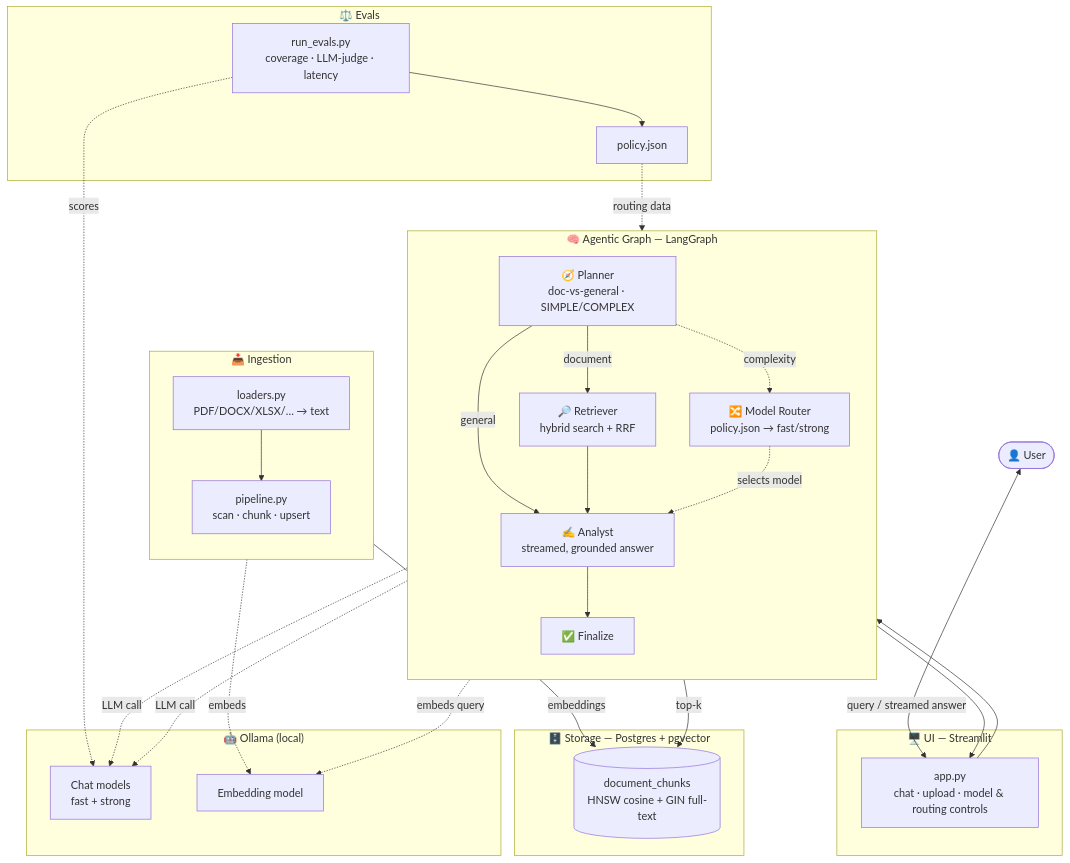
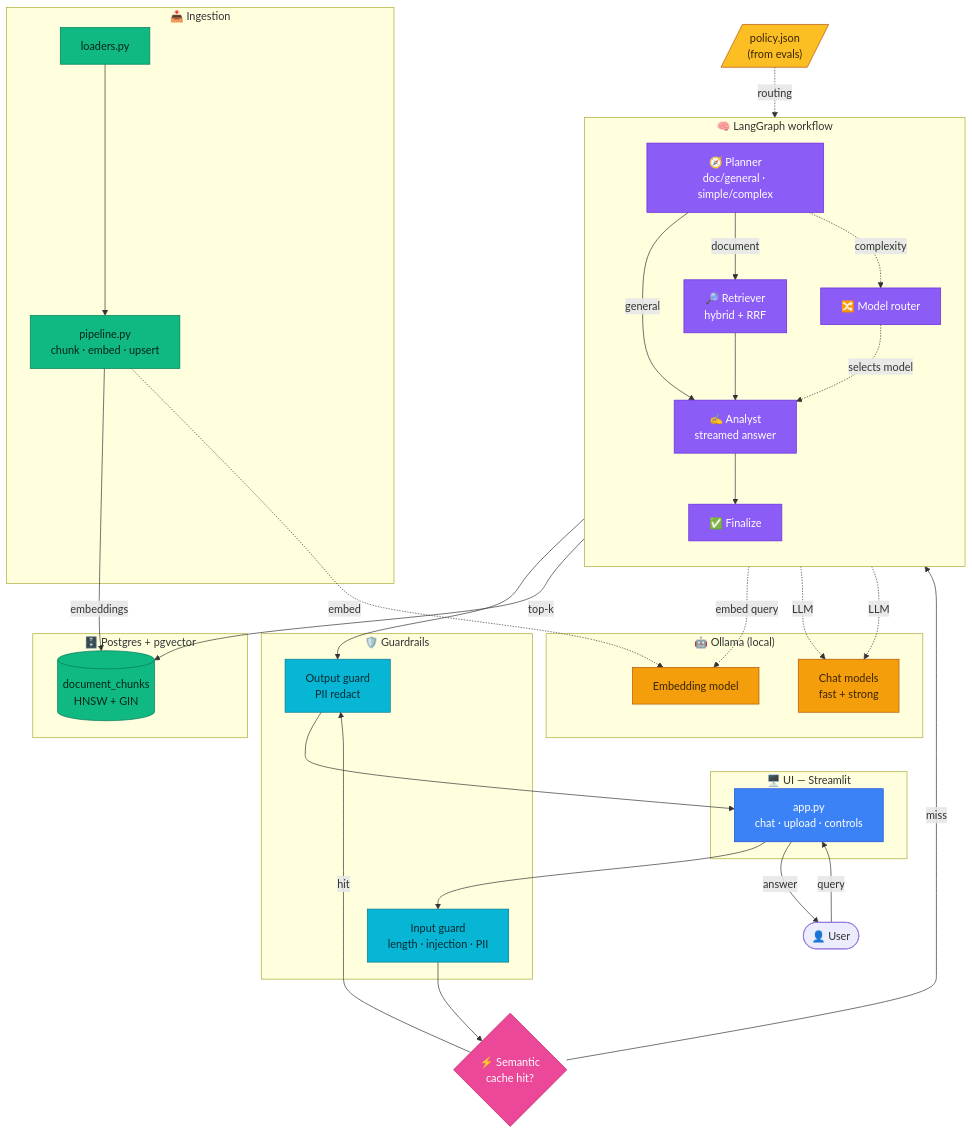
Before and after one commit to Antonio-Redondo/financial-agentic-platform: the second of 2 diagrams in README.md, drawn with Mermaid. The commit also changed other lines of this file and 11 other files, not shown here.

First line of the commit message:
docs: split app/evals diagrams and add component deep-dive sub-pages

````diff
--- a/README.md
+++ b/README.md
@@ -175,59 +221,75 @@
 ```mermaid
 flowchart TB
     User([👤 User])
 
     subgraph UI["🖥️ UI — Streamlit"]
-        App["app.py<br/>chat · upload · model & routing controls"]
+        App["app.py<br/>chat · upload · controls"]
     end
 
-    subgraph Agents["🧠 Agentic Graph — LangGraph"]
+    subgraph Guard["🛡️ Guardrails"]
+        InGuard["Input guard<br/>length · injection · PII"]
+        OutGuard["Output guard<br/>PII redact"]
+    end
+
+    Cache{"⚡ Semantic<br/>cache hit?"}
+
+    subgraph Graph["🧠 LangGraph workflow"]
         direction TB
-        Planner["🧭 Planner<br/>doc-vs-general · SIMPLE/COMPLEX"]
-        Router["🔀 Model Router<br/>policy.json → fast/strong"]
-        Retriever["🔎 Retriever<br/>hybrid search + RRF"]
-        Analyst["✍️ Analyst<br/>streamed, grounded answer"]
+        Planner["🧭 Planner<br/>doc/general · simple/complex"]
+        Router["🔀 Model router"]
+        Retriever["🔎 Retriever<br/>hybrid + RRF"]
+        Analyst["✍️ Analyst<br/>streamed answer"]
         Finalize["✅ Finalize"]
-
         Planner -->|document| Retriever
         Planner -->|general| Analyst
         Retriever --> Analyst
         Analyst --> Finalize
-        Router -.->|selects model| Analyst
-        Planner -.->|complexity| Router
+        Planner -. complexity .-> Router
+        Router -. selects model .-> Analyst
     end
 
-    subgraph Ingestion["📥 Ingestion"]
-        direction TB
-        Loaders["loaders.py<br/>PDF/DOCX/XLSX/… → text"]
-        Pipeline["pipeline.py<br/>scan · chunk · upsert"]
-        Loaders --> Pipeline
-    end
-
-    subgraph Storage["🗄️ Storage — Postgres + pgvector"]
-        DB[("document_chunks<br/>HNSW cosine + GIN full-text")]
+    subgraph Storage["🗄️ Postgres + pgvector"]
+        DB[("document_chunks<br/>HNSW + GIN")]
     end
 
     subgraph Ollama["🤖 Ollama (local)"]
         Chat["Chat models<br/>fast + strong"]
         Embed["Embedding model"]
     end
 
-    subgraph Evals["⚖️ Evals"]
-        Runner["run_evals.py<br/>coverage · LLM-judge · latency"]
-        Policy["policy.json"]
-        Runner --> Policy
+    subgraph Ingestion["📥 Ingestion"]
+        Loaders["loaders.py"] --> Pipeline["pipeline.py<br/>chunk · embed · upsert"]
     end
 
-    User <-->|query / streamed answer| App
-    App --> Planner
-    Finalize --> App
+    Policy[/"policy.json<br/>(from evals)"/]
+
+    User -->|query| App --> InGuard --> Cache
+    Cache -->|miss| Planner
+    Cache -->|hit| OutGuard
+    Finalize --> OutGuard --> App -->|answer| User
 
     Retriever -->|top-k| DB
     Pipeline -->|embeddings| DB
-    Pipeline -. embeds .-> Embed
-    Retriever -. embeds query .-> Embed
-    Planner -. LLM call .-> Chat
-    Analyst -. LLM call .-> Chat
-    Policy -.->|routing data| Router
-    Runner -. scores .-> Chat
+    Retriever -. embed query .-> Embed
+    Pipeline -. embed .-> Embed
+    Planner -. LLM .-> Chat
+    Analyst -. LLM .-> Chat
+    Policy -. routing .-> Router
+
+    classDef ui fill:#3b82f6,stroke:#1d4ed8,color:#fff
+    classDef guard fill:#06b6d4,stroke:#0e7490,color:#062a33
+    classDef agent fill:#8b5cf6,stroke:#6d28d9,color:#fff
+    classDef store fill:#10b981,stroke:#047857,color:#04241a
+    classDef ollama fill:#f59e0b,stroke:#b45309,color:#3a2400
+    classDef policy fill:#fbbf24,stroke:#b45309,color:#3a2400
+    classDef cache fill:#ec4899,stroke:#be185d,color:#fff
+
+    class App ui
+    class InGuard,OutGuard guard
+    class Planner,Router,Retriever,Analyst,Finalize agent
+    class DB store
+    class Chat,Embed ollama
+    class Loaders,Pipeline store
+    class Policy policy
+    class Cache cache
 ```
````
